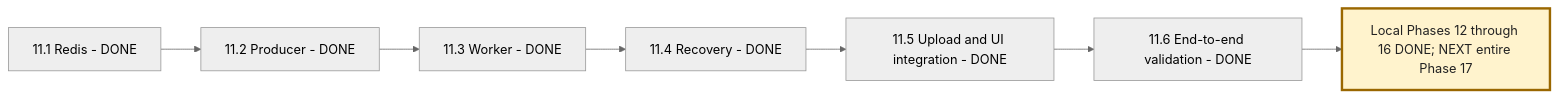
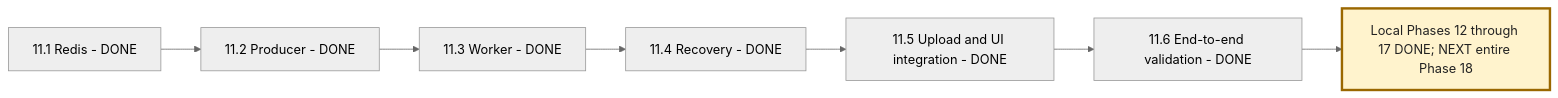
One commit to msdian0007/nexaAi changed the third of 7 diagrams in NEXAAI_ROADMAP.md. Above: the diagram before and after it, drawn with Mermaid (neutral theme). The commit also changed other lines of this file and 2 other files, not shown here.

Commit message:
docs(phase-17 step-17.5): document migration deployment and rollback

````diff
--- a/NEXAAI_ROADMAP.md
+++ b/NEXAAI_ROADMAP.md
@@ -291,10 +299,10 @@
 ```mermaid
 flowchart LR
     A[11.1 Redis - DONE] --> B[11.2 Producer - DONE]
     B --> C[11.3 Worker - DONE]
     C --> D[11.4 Recovery - DONE]
     D --> E[11.5 Upload and UI integration - DONE]
     E --> F[11.6 End-to-end validation - DONE]
-    F --> G[Local Phases 12 through 16 DONE; NEXT entire Phase 17]
+    F --> G[Local Phases 12 through 17 DONE; NEXT entire Phase 18]
     style G fill:#fff3cd,stroke:#9a6700,stroke-width:3px,color:#222
 ```
````
